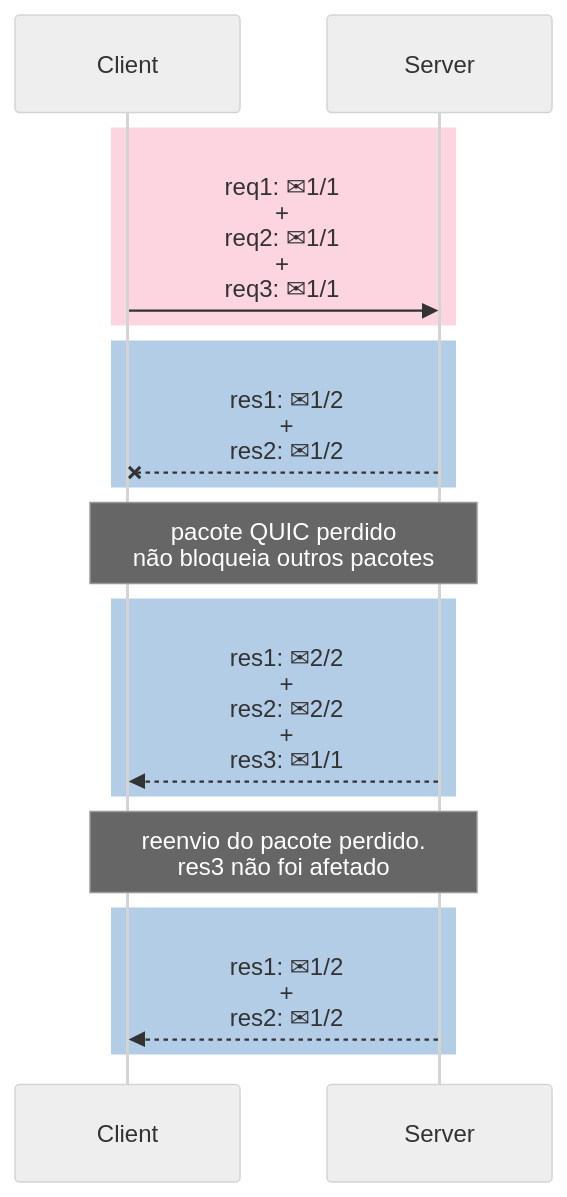
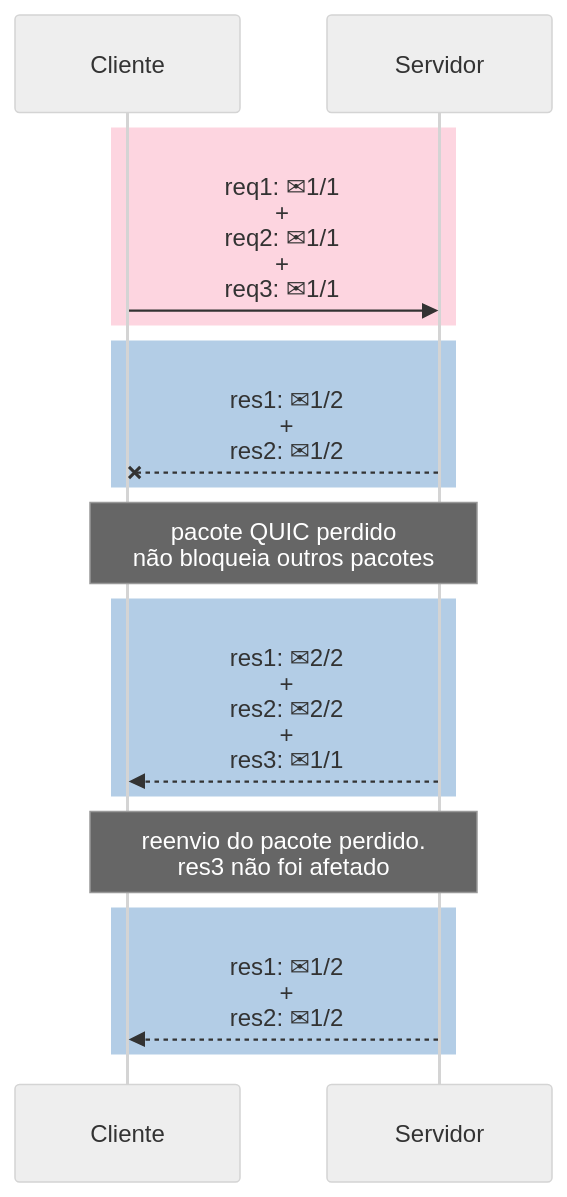
One commit to alexandrehtrb/alexandrehtrb.github.io changed the fourth of 4 diagrams in src/posts/2024/03/http2-e-http3-explicados.md. Above: the diagram before and after it, drawn with Mermaid. The commit also changed other lines of this file and 1 other file, not shown here.

Commit message:
article: fix sequence diagram alternating between light and dark mode

````diff
--- a/src/posts/2024/03/http2-e-http3-explicados.md
+++ b/src/posts/2024/03/http2-e-http3-explicados.md
@@ -181,18 +180,18 @@
 ```mermaid
 %%{init: {'theme':'neutral'}}%%
 sequenceDiagram
     rect rgb(253, 213, 224)
-        Client->>Server: req1: #9993;1/1<br>+<br>req2: #9993;1/1<br>+<br>req3: #9993;1/1
+        Cliente->>Servidor: req1: #9993;1/1<br>+<br>req2: #9993;1/1<br>+<br>req3: #9993;1/1
     end
     rect rgb(179, 205, 230)
-        Server--xClient: res1: #9993;1/2<br>+<br>res2: #9993;1/2
+        Servidor--xCliente: res1: #9993;1/2<br>+<br>res2: #9993;1/2
     end
-    Note over Client,Server: pacote QUIC perdido<br>não bloqueia outros pacotes
+    Note over Cliente,Servidor: pacote QUIC perdido<br>não bloqueia outros pacotes
     rect rgb(179, 205, 230)
-        Server-->>Client: res1: #9993;2/2<br>+<br>res2: #9993;2/2<br>+<br>res3: #9993;1/1
+        Servidor-->>Cliente: res1: #9993;2/2<br>+<br>res2: #9993;2/2<br>+<br>res3: #9993;1/1
     end
-    Note over Client,Server: reenvio do pacote perdido.<br>res3 não foi afetado
+    Note over Cliente,Servidor: reenvio do pacote perdido.<br>res3 não foi afetado
     rect rgb(179, 205, 230)
-        Server-->>Client: res1: #9993;1/2<br>+<br>res2: #9993;1/2
+        Servidor-->>Cliente: res1: #9993;1/2<br>+<br>res2: #9993;1/2
     end
 ```
````
